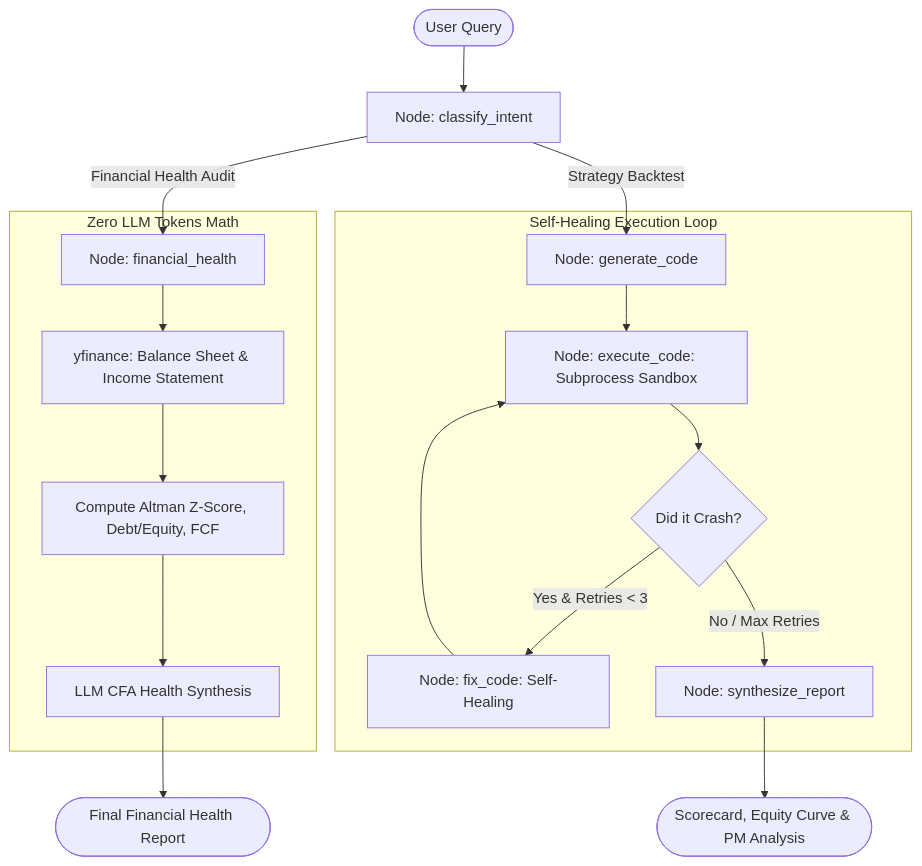
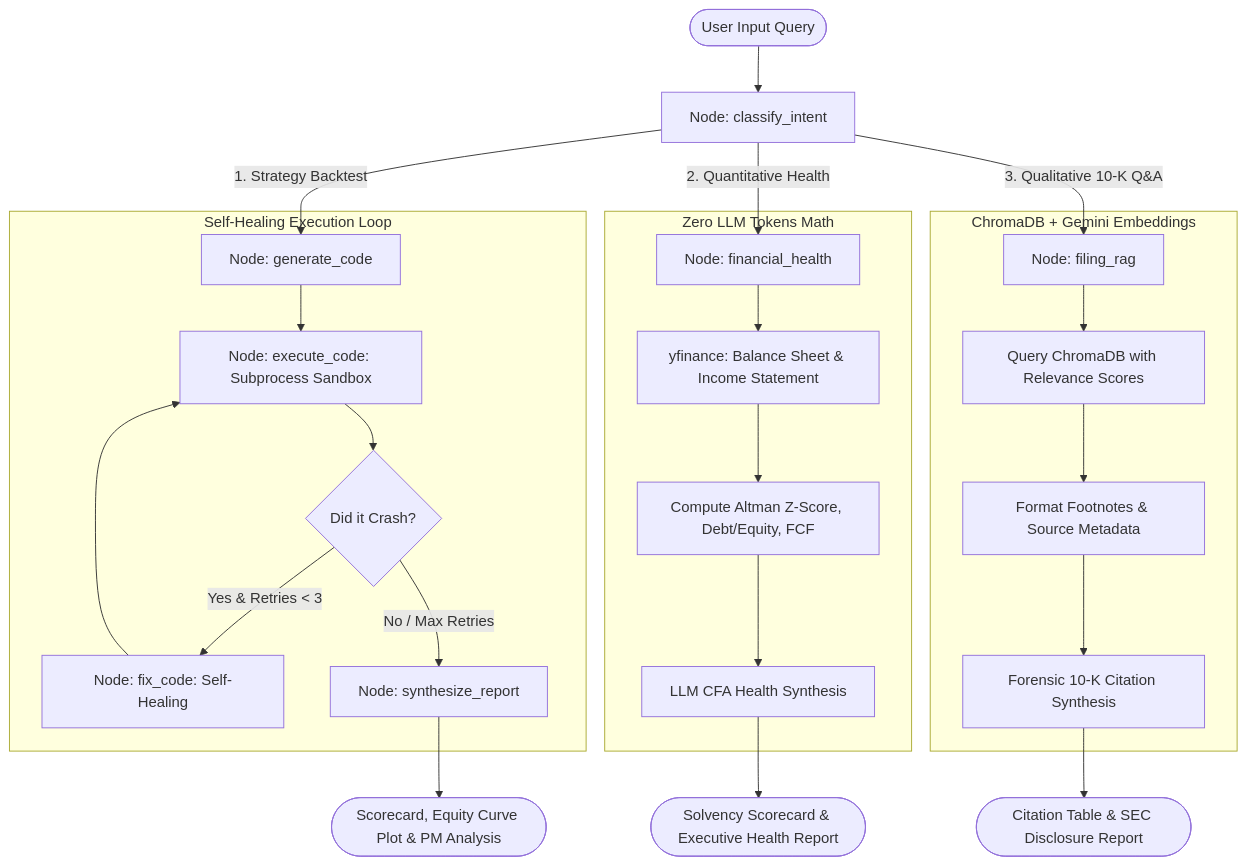
Before and after one commit to Satyamk18/quant-langgraph-agent: the diagram in README.md, drawn with Mermaid. The commit also changed other lines of this file, not shown here.

Commit message:
docs: comprehensive README update with SEC 10-K RAG architecture, flowchart, and testing

````diff
--- a/README.md
+++ b/README.md
@@ -15,26 +16,35 @@
 ```mermaid
 flowchart TD
-    Start([User Query]) --> ClassifyIntent[Node: classify_intent]
+    UserQuery([User Input Query]) --> ClassifyIntent[Node: classify_intent]
     
-    %% Intent Branching
-    ClassifyIntent -->|Financial Health Audit| FinHealth[Node: financial_health]
-    ClassifyIntent -->|Strategy Backtest| GenCode[Node: generate_code]
+    %% Intent Branching (3-Way)
+    ClassifyIntent -->|1. Strategy Backtest| GenCode[Node: generate_code]
+    ClassifyIntent -->|2. Quantitative Health| FinHealth[Node: financial_health]
+    ClassifyIntent -->|3. Qualitative 10-K Q&A| FilingRAG[Node: filing_rag]
     
-    %% Financial Health Flow
-    subgraph Fundamental Audit [Zero LLM Tokens Math]
-        FinHealth --> FetchData[yfinance: Balance Sheet & Income Statement]
-        FetchData --> CalcRatios[Compute Altman Z-Score, Debt/Equity, FCF]
-        CalcRatios --> LLMHealthSynthesis[LLM CFA Health Synthesis]
-    end
-    LLMHealthSynthesis --> EndHealth([Final Financial Health Report])
-    
-    %% Backtest Flow
-    subgraph Quant Engine [Self-Healing Execution Loop]
+    %% Branch 1: Backtesting Engine
+    subgraph Backtest Engine [Self-Healing Execution Loop]
         GenCode --> ExecuteCode[Node: execute_code: Subprocess Sandbox]
         ExecuteCode --> ErrorCheck{Did it Crash?}
         ErrorCheck -->|Yes & Retries < 3| FixCode[Node: fix_code: Self-Healing]
         FixCode --> ExecuteCode
         ErrorCheck -->|No / Max Retries| SynthReport[Node: synthesize_report]
     end
-    SynthReport --> EndBacktest([Scorecard, Equity Curve & PM Analysis])
+    SynthReport --> EndBacktest([Scorecard, Equity Curve Plot & PM Analysis])
+
+    %% Branch 2: Quantitative Fundamental Audit
+    subgraph Fundamental Audit [Zero LLM Tokens Math]
+        FinHealth --> FetchData[yfinance: Balance Sheet & Income Statement]
+        FetchData --> CalcRatios[Compute Altman Z-Score, Debt/Equity, FCF]
+        CalcRatios --> LLMHealthSynthesis[LLM CFA Health Synthesis]
+    end
+    LLMHealthSynthesis --> EndHealth([Solvency Scorecard & Executive Health Report])
+
+    %% Branch 3: Qualitative SEC 10-K RAG
+    subgraph RAG Subsystem [ChromaDB + Gemini Embeddings]
+        FilingRAG --> VectorSearch[Query ChromaDB with Relevance Scores]
+        VectorSearch --> ExtractCitations[Format Footnotes & Source Metadata]
+        ExtractCitations --> LLMRAGSynthesis[Forensic 10-K Citation Synthesis]
+    end
+    LLMRAGSynthesis --> EndRAG([Citation Table & SEC Disclosure Report])
 ```
````
